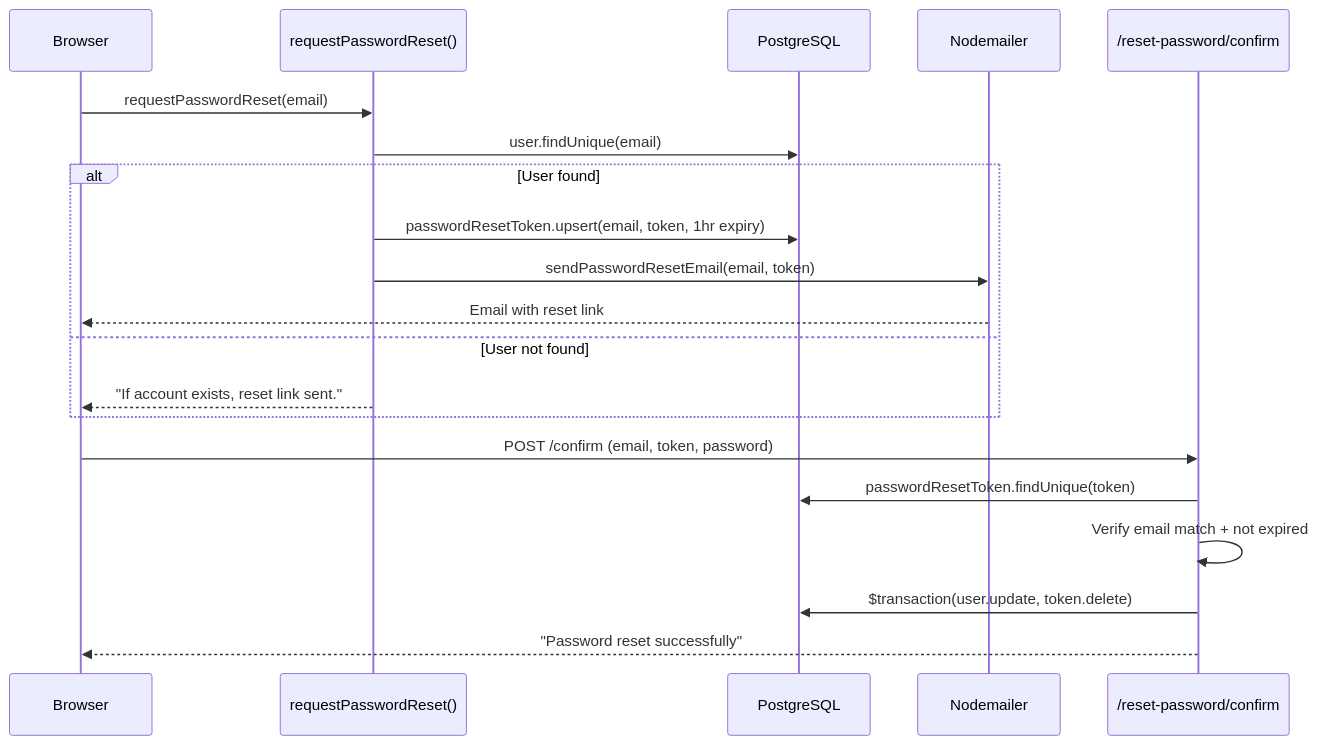
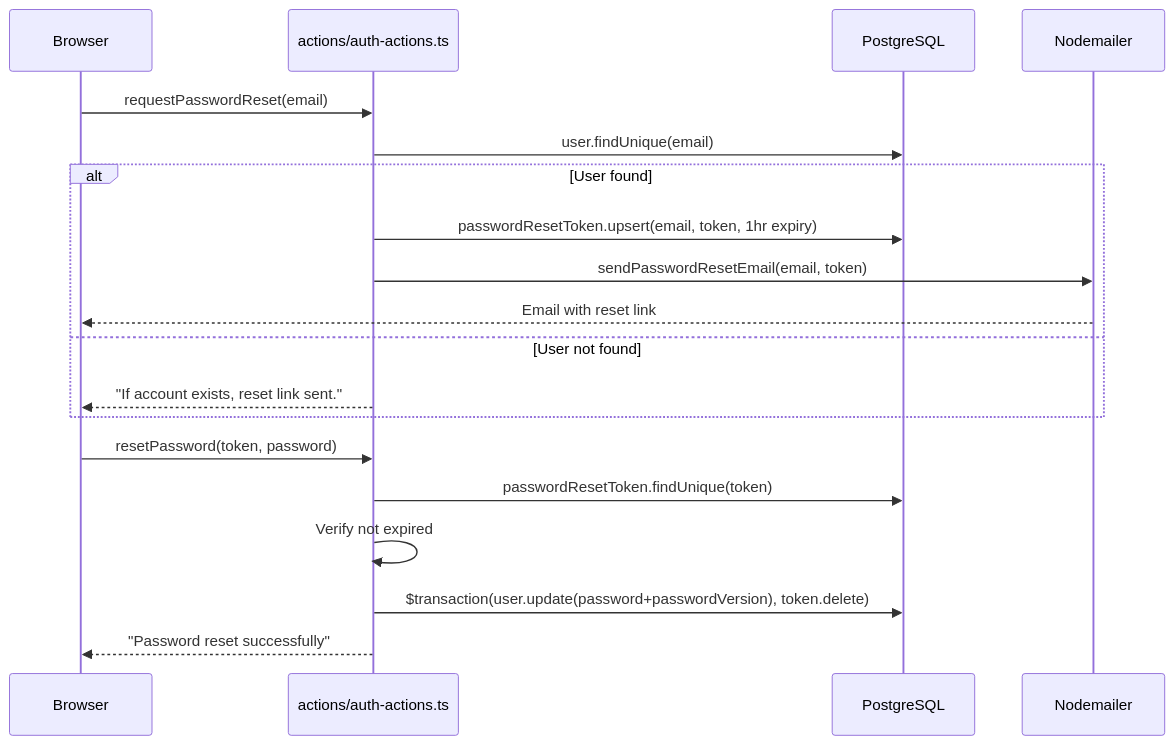
The seventh of 44 diagrams in OVERVIEW.md (asefahmed500/Smart-Task-App_IIT_DU_Final_Project), drawn with Mermaid before and after one commit. The commit also changed other lines of this file and 55 other files, not shown here.

First line of the commit message:
Remove duplicate reset-password API routes, split column helpers, harden auth and sockets, trim deps

````diff
--- a/OVERVIEW.md
+++ b/OVERVIEW.md
@@ -322,24 +321,23 @@
 ```mermaid
 sequenceDiagram
     participant Browser
-    participant Action as requestPasswordReset()
+    participant Action as actions/auth-actions.ts
     participant DB as PostgreSQL
     participant Mailer as Nodemailer
-    participant API as /reset-password/confirm
 
     Browser->>Action: requestPasswordReset(email)
     Action->>DB: user.findUnique(email)
     alt User found
         Action->>DB: passwordResetToken.upsert(email, token, 1hr expiry)
         Action->>Mailer: sendPasswordResetEmail(email, token)
         Mailer-->>Browser: Email with reset link
     else User not found
         Action-->>Browser: "If account exists, reset link sent."
     end
 
-    Browser->>API: POST /confirm (email, token, password)
-    API->>DB: passwordResetToken.findUnique(token)
-    API->>API: Verify email match + not expired
-    API->>DB: $transaction(user.update, token.delete)
-    API-->>Browser: "Password reset successfully"
+    Browser->>Action: resetPassword(token, password)
+    Action->>DB: passwordResetToken.findUnique(token)
+    Action->>Action: Verify not expired
+    Action->>DB: $transaction(user.update(password+passwordVersion), token.delete)
+    Action-->>Browser: "Password reset successfully"
 ```
````
